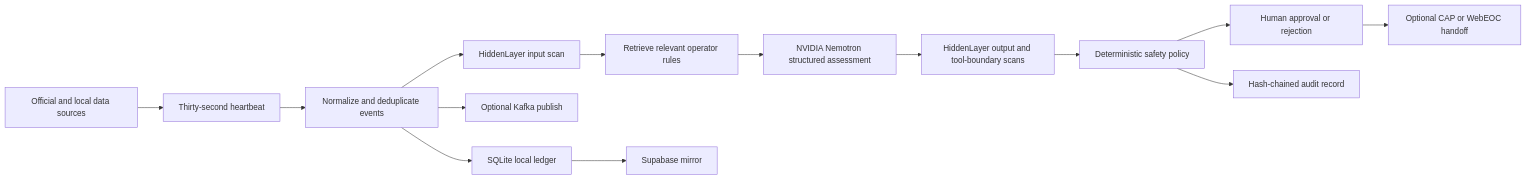
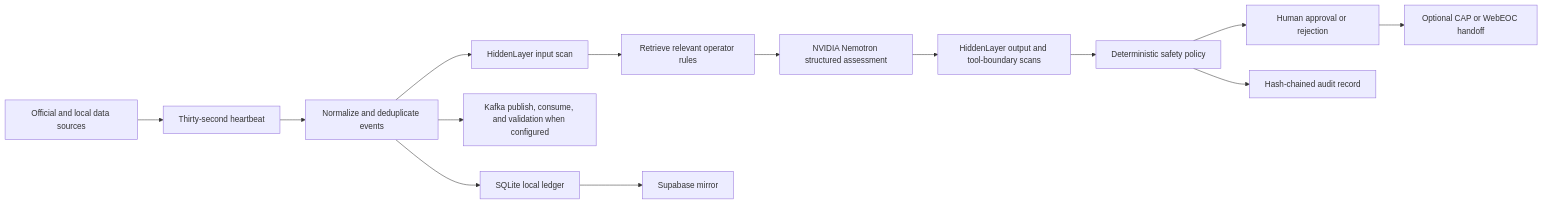
Before and after one commit to gedyeyasu/austin-floodops: the diagram in docs/SPOKEN_SYSTEM_GUIDE.md, drawn with Mermaid. The commit also changed other lines of this file and 15 other files, not shown here.

````diff
--- a/docs/SPOKEN_SYSTEM_GUIDE.md
+++ b/docs/SPOKEN_SYSTEM_GUIDE.md
@@ -101,16 +101,16 @@
 ```mermaid
 flowchart LR
     A["Official and local data sources"] --> B["Thirty-second heartbeat"]
     B --> C["Normalize and deduplicate events"]
     C --> D["SQLite local ledger"]
-    C --> E["Optional Kafka publish"]
+    C --> E["Kafka publish, consume, and validation when configured"]
     C --> F["HiddenLayer input scan"]
     F --> G["Retrieve relevant operator rules"]
     G --> H["NVIDIA Nemotron structured assessment"]
     H --> I["HiddenLayer output and tool-boundary scans"]
     I --> J["Deterministic safety policy"]
     J --> K["Human approval or rejection"]
     K --> L["Optional CAP or WebEOC handoff"]
     D --> M["Supabase mirror"]
     J --> N["Hash-chained audit record"]
 ```
````
